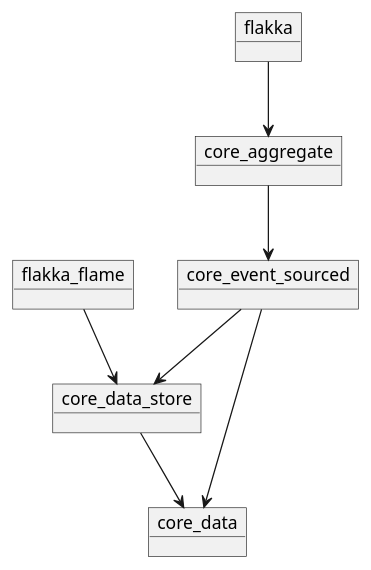
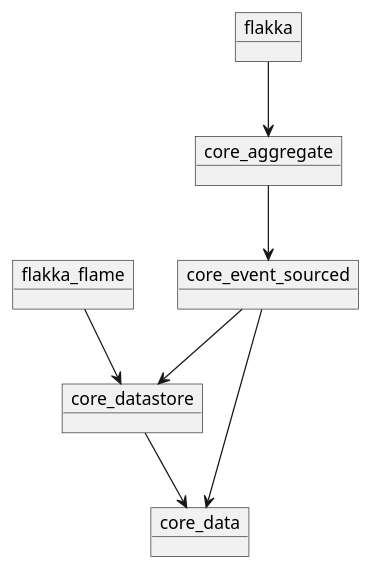
The diagram in packages.puml (bestow-code/flakka), drawn with PlantUML before and after one commit. The commit also changed 231 other files, not shown here.

```diff
--- a/packages.puml
+++ b/packages.puml
@@ -1,15 +1,15 @@
 @startuml
 object flakka
 object flakka_flame
 object core_aggregate
 object core_event_sourced
-object core_data_store
-flakka_flame --> core_data_store
+object core_datastore
+flakka_flame --> core_datastore
 flakka --> core_aggregate
 object core_data
 
-core_data_store --> core_data
-core_event_sourced --> core_data_store
+core_datastore --> core_data
+core_event_sourced --> core_datastore
 core_event_sourced --> core_data
 core_aggregate --> core_event_sourced
 @enduml
```
